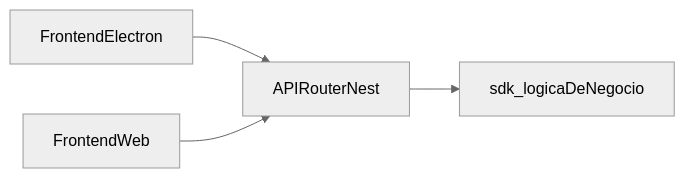
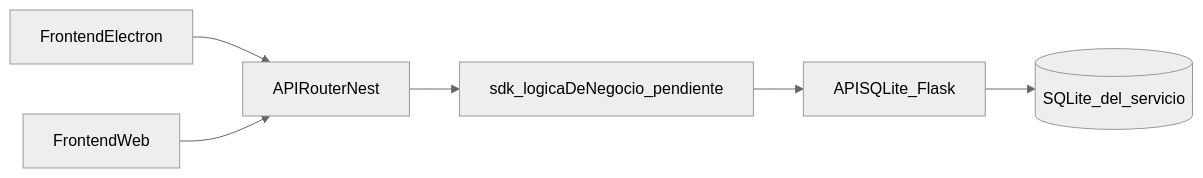
Before and after one commit to venturars/aTempo: the first of 2 diagrams in docs/ARCHITECTURE.md, drawn with Mermaid (neutral theme). The commit also changed other lines of this file and 13 other files, not shown here.

First line of the commit message:
feat: add Flask SQLite health API

````diff
--- a/docs/ARCHITECTURE.md
+++ b/docs/ARCHITECTURE.md
@@ -13,10 +13,14 @@
 ```mermaid
 flowchart LR
   electron[FrontendElectron]
   web[FrontendWeb]
   router[APIRouterNest]
-  sdk[sdk_logicaDeNegocio]
+  sdk[sdk_logicaDeNegocio_pendiente]
+  sqliteApi[APISQLite_Flask]
+  sqlite[(SQLite_del_servicio)]
   electron --> router
   web --> router
   router --> sdk
+  sdk --> sqliteApi
+  sqliteApi --> sqlite
 ```
````
